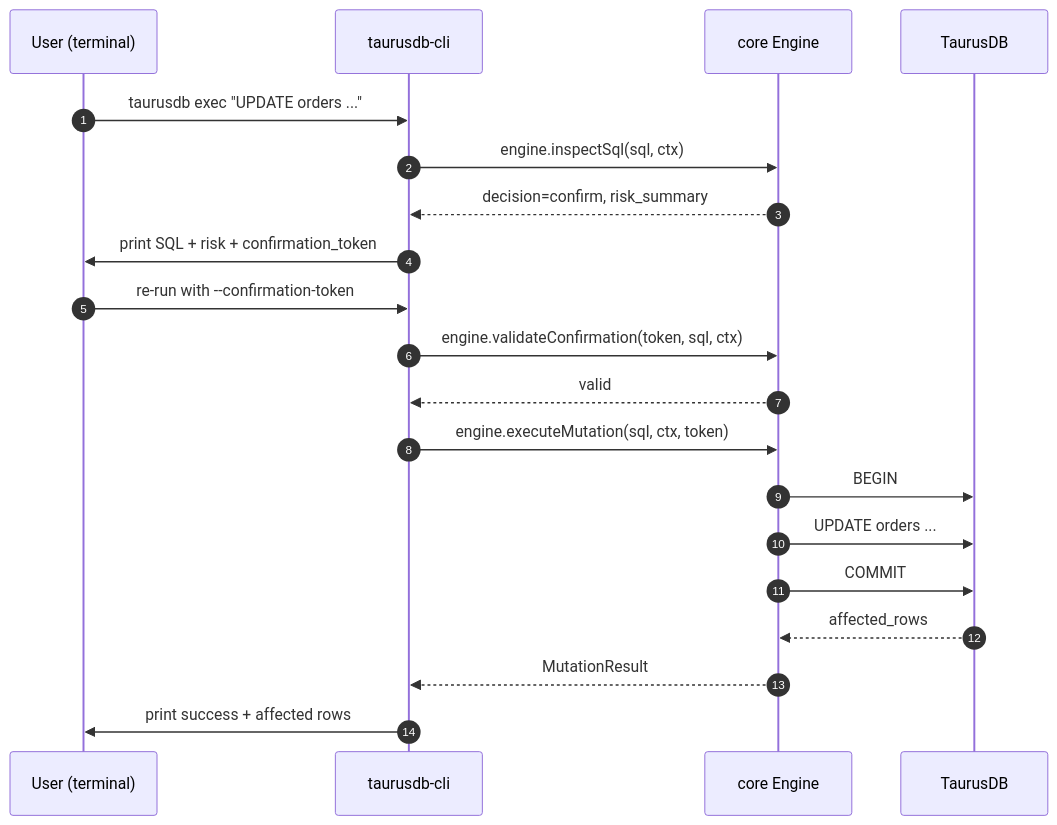
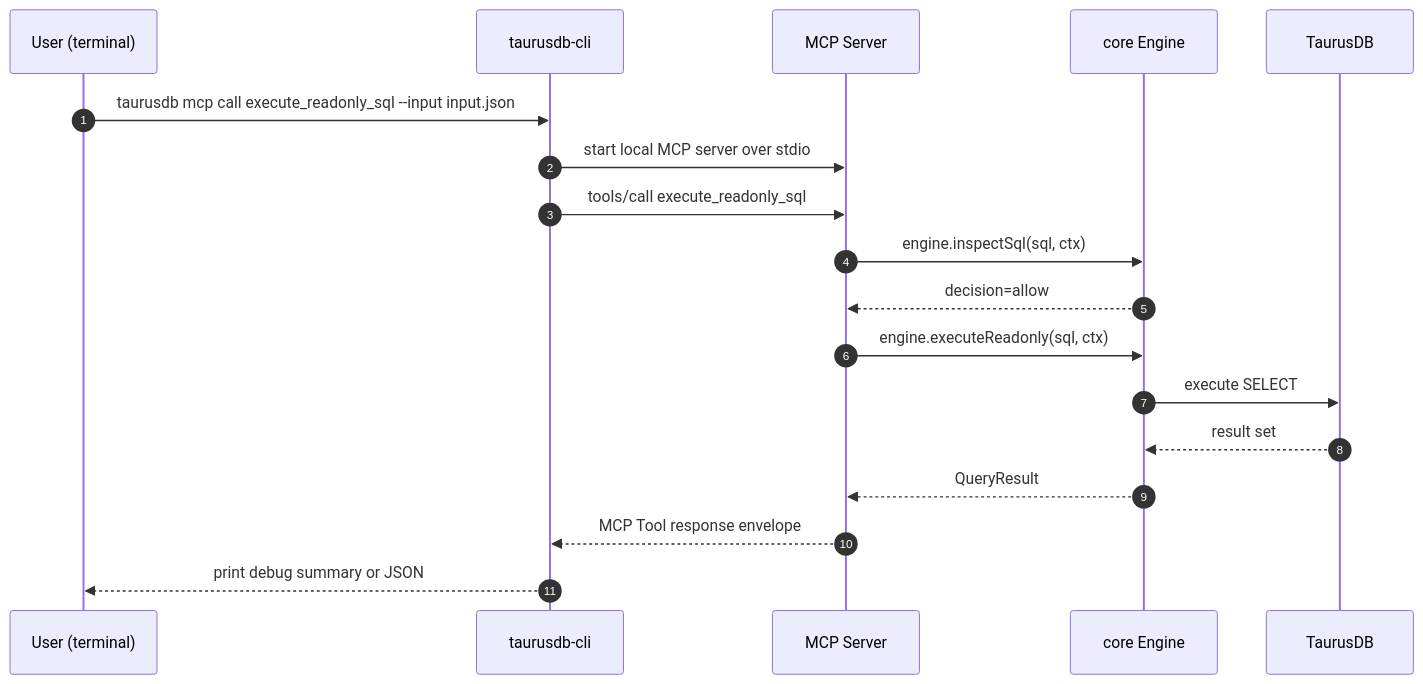
The third of 6 diagrams in docs/architecture.md (youweichen0208/taurus-mcp-server), drawn with Mermaid before and after one commit. The commit also changed other lines of this file and 4 other files, not shown here.

Commit message:
docs: reposition CLI as MCP companion

````diff
--- a/docs/architecture.md
+++ b/docs/architecture.md
@@ -322,23 +322,21 @@
 ```mermaid
 sequenceDiagram
   autonumber
   participant U as User (terminal)
   participant CLI as taurusdb-cli
+  participant MS as MCP Server
   participant CORE as core Engine
   participant DB as TaurusDB
 
-  U->>CLI: taurusdb exec "UPDATE orders ..."
-  CLI->>CORE: engine.inspectSql(sql, ctx)
-  CORE-->>CLI: decision=confirm, risk_summary
-  CLI->>U: print SQL + risk + confirmation_token
-  U->>CLI: re-run with --confirmation-token
-  CLI->>CORE: engine.validateConfirmation(token, sql, ctx)
-  CORE-->>CLI: valid
-  CLI->>CORE: engine.executeMutation(sql, ctx, token)
-  CORE->>DB: BEGIN
-  CORE->>DB: UPDATE orders ...
-  CORE->>DB: COMMIT
-  DB-->>CORE: affected_rows
-  CORE-->>CLI: MutationResult
-  CLI->>U: print success + affected rows
+  U->>CLI: taurusdb mcp call execute_readonly_sql --input input.json
+  CLI->>MS: start local MCP server over stdio
+  CLI->>MS: tools/call execute_readonly_sql
+  MS->>CORE: engine.inspectSql(sql, ctx)
+  CORE-->>MS: decision=allow
+  MS->>CORE: engine.executeReadonly(sql, ctx)
+  CORE->>DB: execute SELECT
+  DB-->>CORE: result set
+  CORE-->>MS: QueryResult
+  MS-->>CLI: MCP Tool response envelope
+  CLI-->>U: print debug summary or JSON
 ```
````
